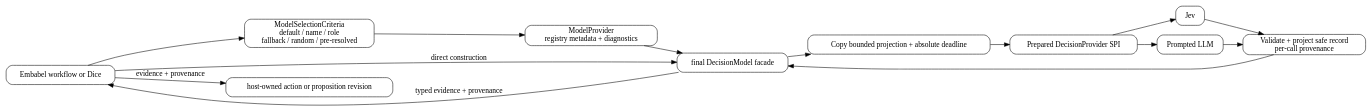
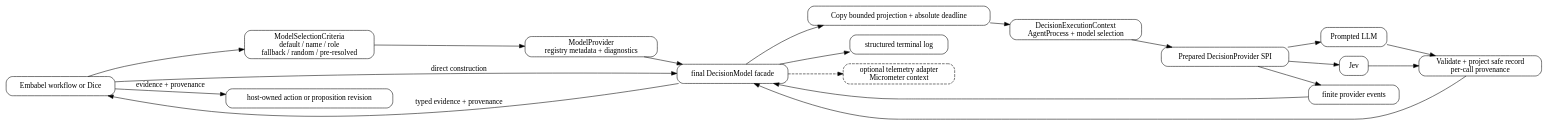
The diagram in embabel-agent-docs/src/main/asciidoc/reference/diagrams/decision-flow.dot (embabel/embabel-agent), drawn with Graphviz before and after one commit. The commit also changed 7 other files, not shown here.

Commit message:
docs: explain decision execution and observability contracts

```diff
--- a/embabel-agent-docs/src/main/asciidoc/reference/diagrams/decision-flow.dot
+++ b/embabel-agent-docs/src/main/asciidoc/reference/diagrams/decision-flow.dot
@@ -1,23 +1,30 @@
 digraph DecisionFlow {
   rankdir=LR;
   node [shape=box, style="rounded"];
   host [label="Embabel workflow or Dice"];
   criteria [label="ModelSelectionCriteria\ndefault / name / role\nfallback / random / pre-resolved"];
   registry [label="ModelProvider\nregistry metadata + diagnostics"];
   facade [label="final DecisionModel facade"];
+  context [label="DecisionExecutionContext\nAgentProcess + model selection"];
   prepare [label="Copy bounded projection + absolute deadline"];
   spi [label="Prepared DecisionProvider SPI"];
   jev [label="Jev"];
   prompted [label="Prompted LLM"];
   validate [label="Validate + project safe record\nper-call provenance"];
+  events [label="finite provider events"];
+  log [label="structured terminal log"];
+  telemetry [label="optional telemetry adapter\nMicrometer context", style="rounded,dashed"];
   policy [label="host-owned action or proposition revision"];
-  host -> criteria -> registry -> facade -> prepare -> spi;
+  host -> criteria -> registry -> facade -> prepare -> context -> spi;
   host -> facade [label="direct construction"];
   spi -> jev;
   spi -> prompted;
   jev -> validate;
   prompted -> validate;
+  spi -> events -> facade;
   validate -> facade;
+  facade -> log;
+  facade -> telemetry [style=dashed];
   facade -> host [label="typed evidence + provenance"];
   host -> policy [label=" evidence + provenance"];
 }
```
